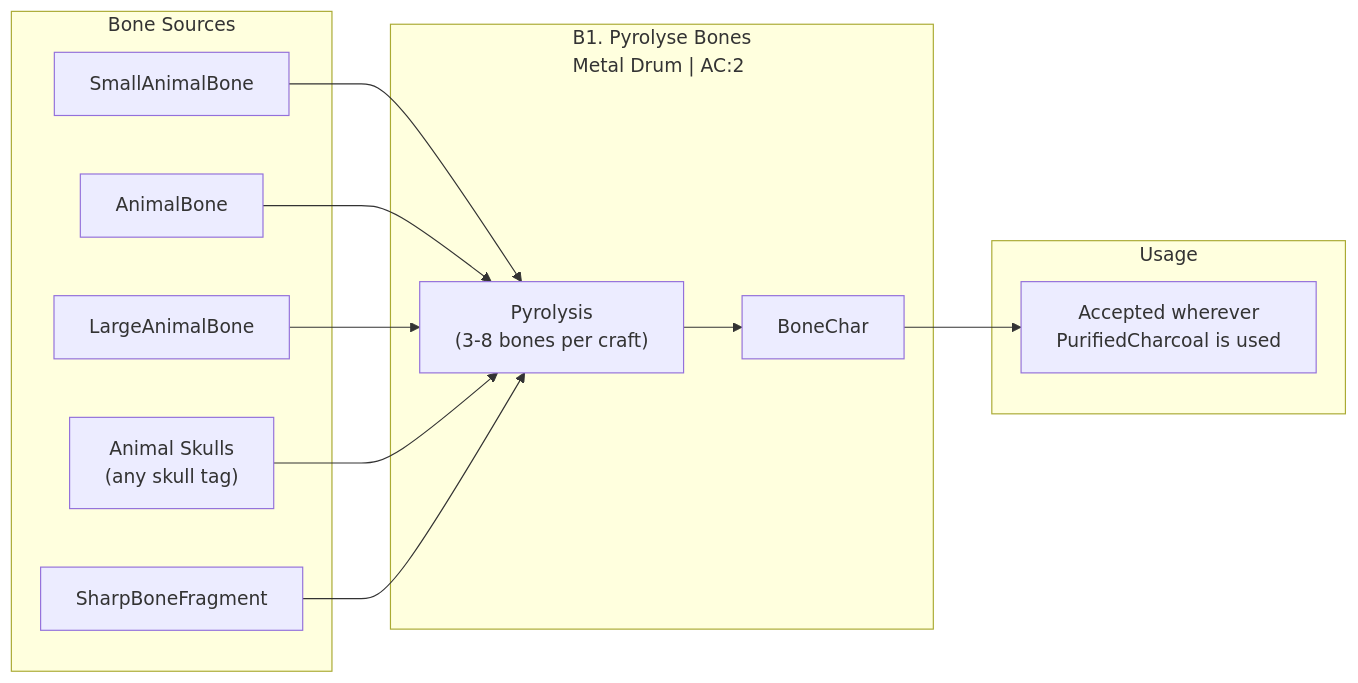
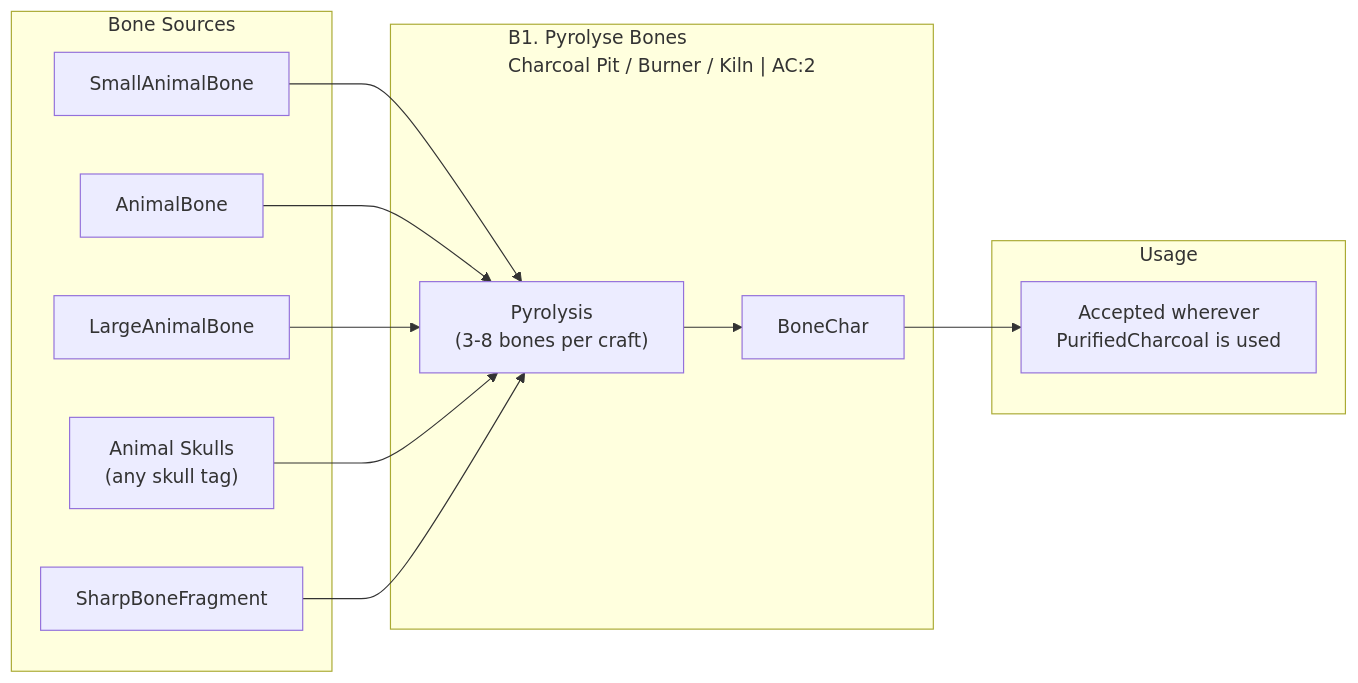
Before and after one commit to phobos-dthorga/mod-pz-chemistry-pathways: the diagram in docs/mermaid-src/bonechar.mmd, drawn with Mermaid. The commit also changed 6 other files, not shown here.

First line of the commit message:
docs: Update Mermaid source files for v0.11.0

```diff
--- a/docs/mermaid-src/bonechar.mmd
+++ b/docs/mermaid-src/bonechar.mmd
@@ -1,21 +1,21 @@
 graph LR
     subgraph INPUT["Bone Sources"]
         SB["SmallAnimalBone"]
         AB["AnimalBone"]
         LB["LargeAnimalBone"]
         SK["Animal Skulls<br/>(any skull tag)"]
         SF["SharpBoneFragment"]
     end
 
-    subgraph PROCESS["B1. Pyrolyse Bones<br/>Metal Drum | AC:2"]
+    subgraph PROCESS["B1. Pyrolyse Bones<br/>Charcoal Pit / Burner / Kiln | AC:2"]
         SB --> PY["Pyrolysis<br/>(3-8 bones per craft)"]
         AB --> PY
         LB --> PY
         SK --> PY
         SF --> PY
         PY --> BC["BoneChar"]
     end
 
     subgraph USE["Usage"]
         BC --> ALT["Accepted wherever<br/>PurifiedCharcoal is used"]
     end
```
